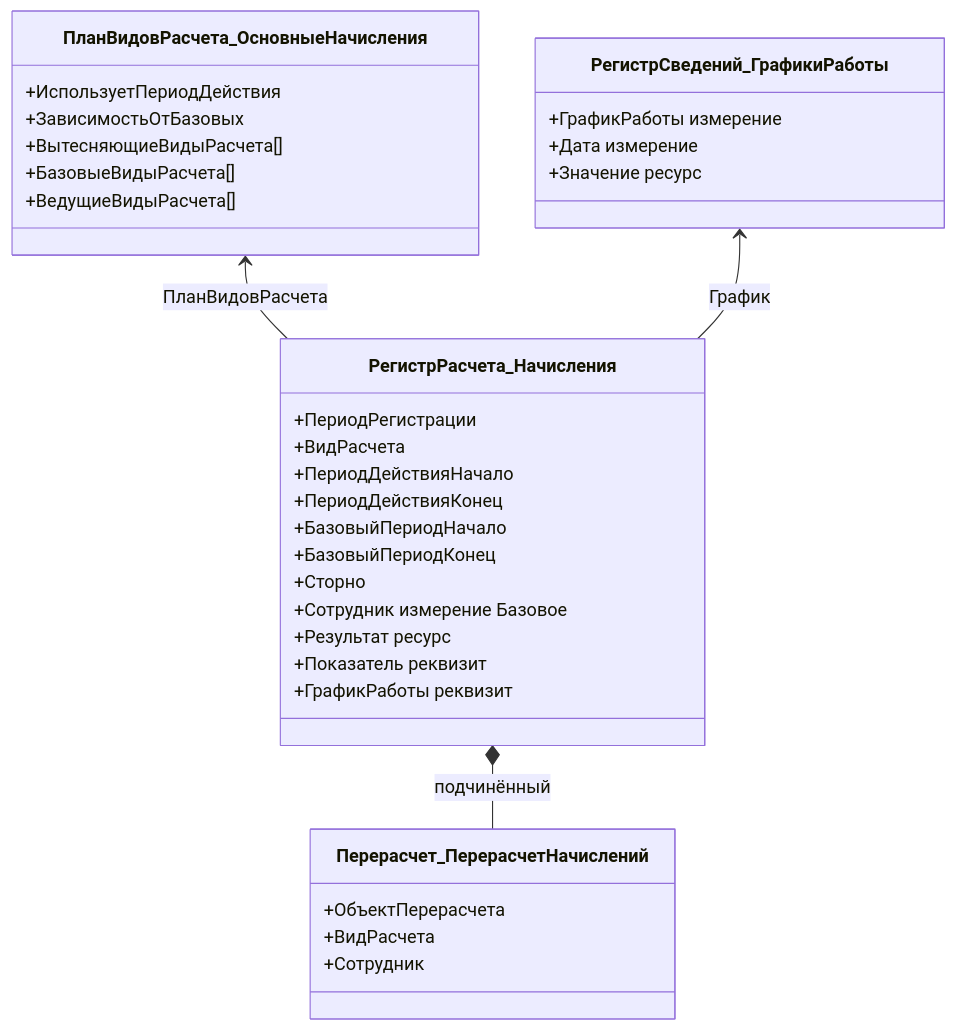
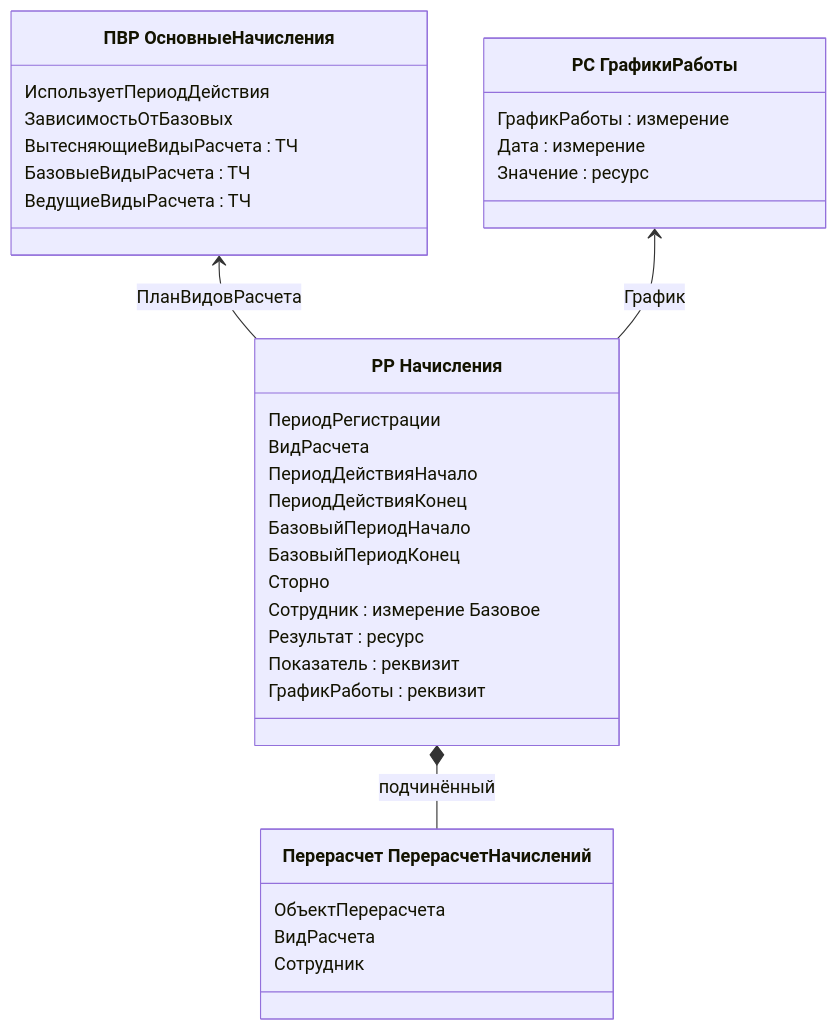
The first of 7 diagrams in modules/09-periodic-calculations.md (Alferac/1C), drawn with Mermaid before and after one commit. The commit also changed other lines of this file and 6 other files, not shown here.

````diff
--- a/modules/09-periodic-calculations.md
+++ b/modules/09-periodic-calculations.md
@@ -36,36 +36,36 @@
 ```mermaid
 classDiagram
-    class ПланВидовРасчета_ОсновныеНачисления {
-        +ИспользуетПериодДействия
-        +ЗависимостьОтБазовых
-        +ВытесняющиеВидыРасчета[]
-        +БазовыеВидыРасчета[]
-        +ВедущиеВидыРасчета[]
+    class PVR["ПВР ОсновныеНачисления"] {
+        ИспользуетПериодДействия
+        ЗависимостьОтБазовых
+        ВытесняющиеВидыРасчета : ТЧ
+        БазовыеВидыРасчета : ТЧ
+        ВедущиеВидыРасчета : ТЧ
     }
-    class РегистрРасчета_Начисления {
-        +ПериодРегистрации
-        +ВидРасчета
-        +ПериодДействияНачало
-        +ПериодДействияКонец
-        +БазовыйПериодНачало
-        +БазовыйПериодКонец
-        +Сторно
-        +Сотрудник измерение Базовое
-        +Результат ресурс
-        +Показатель реквизит
-        +ГрафикРаботы реквизит
+    class RR["РР Начисления"] {
+        ПериодРегистрации
+        ВидРасчета
+        ПериодДействияНачало
+        ПериодДействияКонец
+        БазовыйПериодНачало
+        БазовыйПериодКонец
+        Сторно
+        Сотрудник : измерение Базовое
+        Результат : ресурс
+        Показатель : реквизит
+        ГрафикРаботы : реквизит
     }
-    class РегистрСведений_ГрафикиРаботы {
-        +ГрафикРаботы измерение
-        +Дата измерение
-        +Значение ресурс
+    class GR["РС ГрафикиРаботы"] {
+        ГрафикРаботы : измерение
+        Дата : измерение
+        Значение : ресурс
     }
-    class Перерасчет_ПерерасчетНачислений {
-        +ОбъектПерерасчета
-        +ВидРасчета
-        +Сотрудник
+    class PP["Перерасчет ПерерасчетНачислений"] {
+        ОбъектПерерасчета
+        ВидРасчета
+        Сотрудник
     }
-    ПланВидовРасчета_ОсновныеНачисления <-- РегистрРасчета_Начисления : ПланВидовРасчета
-    РегистрСведений_ГрафикиРаботы <-- РегистрРасчета_Начисления : График
-    РегистрРасчета_Начисления *-- Перерасчет_ПерерасчетНачислений : подчинённый
+    PVR <-- RR : ПланВидовРасчета
+    GR <-- RR : График
+    RR *-- PP : подчинённый
 ```
````
